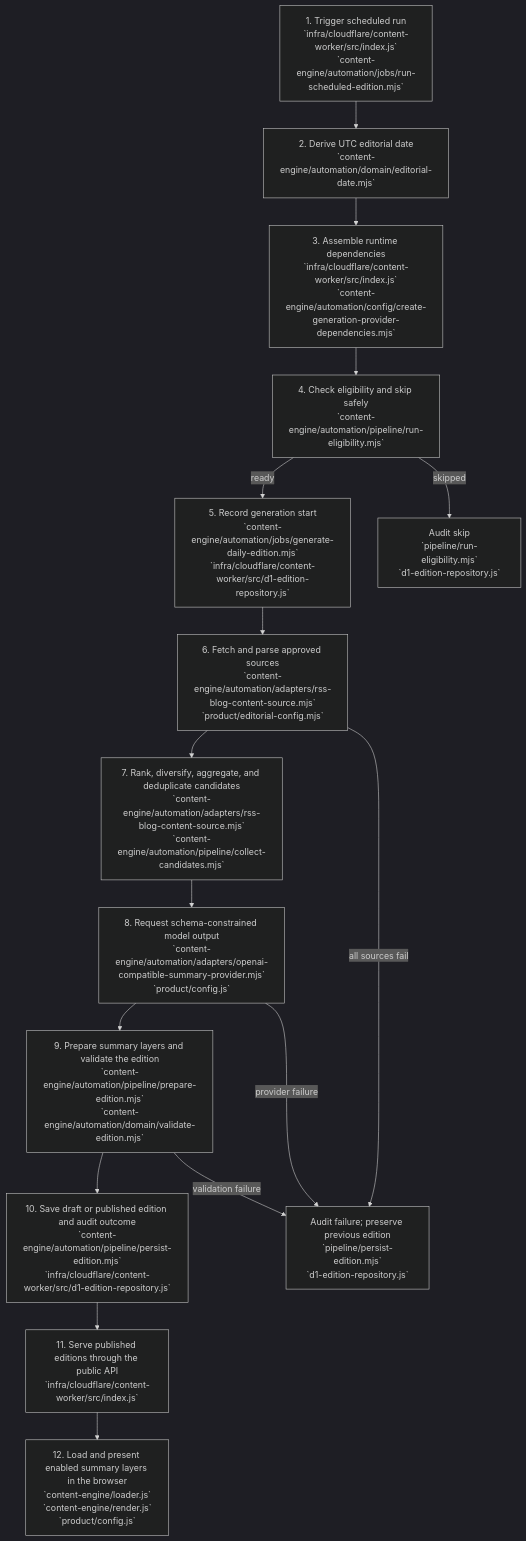
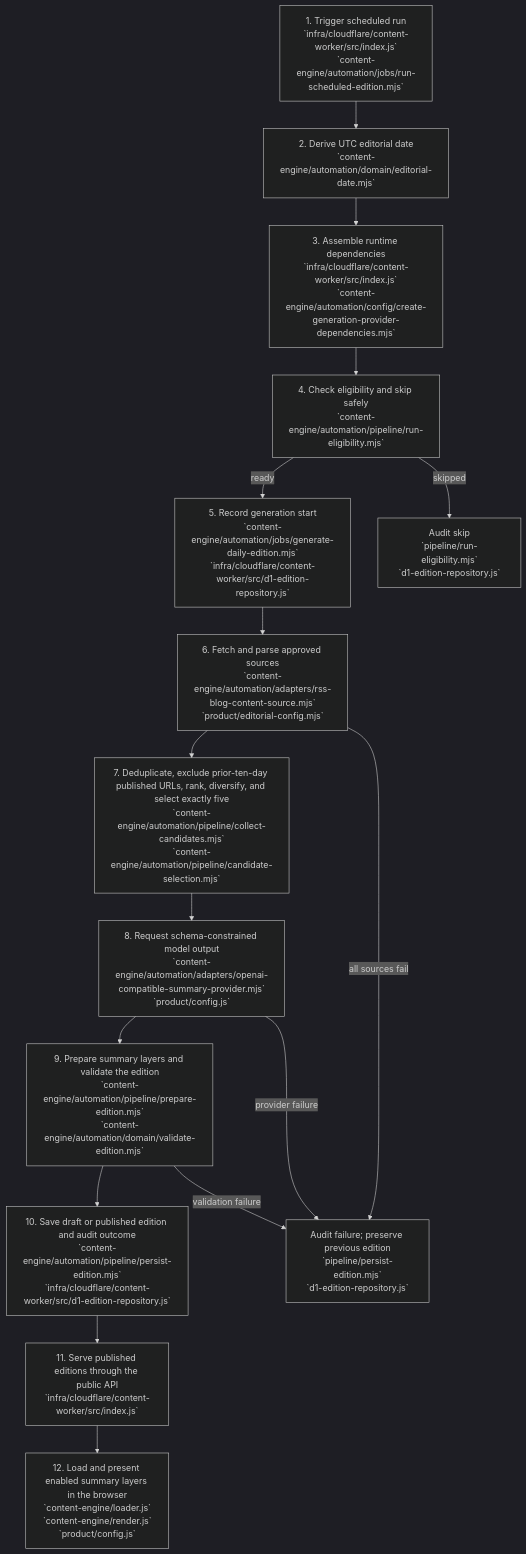
Before and after one commit to RadheCode/AINuggets: the second of 2 diagrams in docs/DAILY_CONTENT_AUTOMATION.md, drawn with Mermaid (dark theme). The commit also changed other lines of this file and 23 other files, not shown here.

Commit message:
Add detailed candidate selection logging

````diff
--- a/docs/DAILY_CONTENT_AUTOMATION.md
+++ b/docs/DAILY_CONTENT_AUTOMATION.md
@@ -111,22 +149,22 @@
 ```mermaid
 flowchart TD
     S1["1. Trigger scheduled run\n`infra/cloudflare/content-worker/src/index.js`\n`content-engine/automation/jobs/run-scheduled-edition.mjs`"]
     S2["2. Derive UTC editorial date\n`content-engine/automation/domain/editorial-date.mjs`"]
     S3["3. Assemble runtime dependencies\n`infra/cloudflare/content-worker/src/index.js`\n`content-engine/automation/config/create-generation-provider-dependencies.mjs`"]
     S4["4. Check eligibility and skip safely\n`content-engine/automation/pipeline/run-eligibility.mjs`"]
     S5["5. Record generation start\n`content-engine/automation/jobs/generate-daily-edition.mjs`\n`infra/cloudflare/content-worker/src/d1-edition-repository.js`"]
     S6["6. Fetch and parse approved sources\n`content-engine/automation/adapters/rss-blog-content-source.mjs`\n`product/editorial-config.mjs`"]
-    S7["7. Rank, diversify, aggregate, and deduplicate candidates\n`content-engine/automation/adapters/rss-blog-content-source.mjs`\n`content-engine/automation/pipeline/collect-candidates.mjs`"]
+    S7["7. Deduplicate, exclude prior-ten-day published URLs, rank, diversify, and select exactly five\n`content-engine/automation/pipeline/collect-candidates.mjs`\n`content-engine/automation/pipeline/candidate-selection.mjs`"]
     S8["8. Request schema-constrained model output\n`content-engine/automation/adapters/openai-compatible-summary-provider.mjs`\n`product/config.js`"]
     S9["9. Prepare summary layers and validate the edition\n`content-engine/automation/pipeline/prepare-edition.mjs`\n`content-engine/automation/domain/validate-edition.mjs`"]
     S10["10. Save draft or published edition and audit outcome\n`content-engine/automation/pipeline/persist-edition.mjs`\n`infra/cloudflare/content-worker/src/d1-edition-repository.js`"]
     S11["11. Serve published editions through the public API\n`infra/cloudflare/content-worker/src/index.js`"]
     S12["12. Load and present enabled summary layers in the browser\n`content-engine/loader.js`\n`content-engine/render.js`\n`product/config.js`"]
 
     S1 --> S2 --> S3 --> S4
     S4 -->|ready| S5 --> S6 --> S7 --> S8 --> S9 --> S10 --> S11 --> S12
     S4 -->|skipped| X["Audit skip\n`pipeline/run-eligibility.mjs`\n`d1-edition-repository.js`"]
     S6 -->|all sources fail| F["Audit failure; preserve previous edition\n`pipeline/persist-edition.mjs`\n`d1-edition-repository.js`"]
     S8 -->|provider failure| F
     S9 -->|validation failure| F
 ```
````
